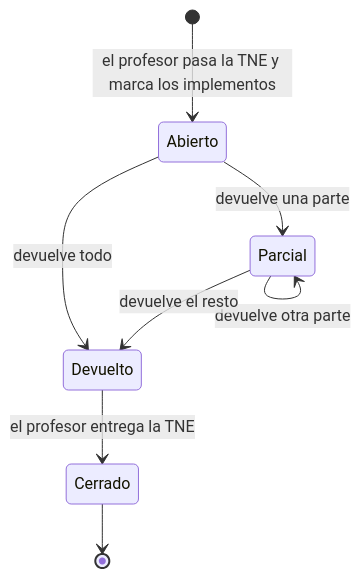
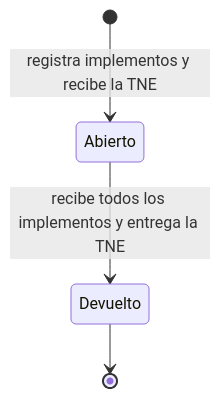
The sixth of 6 diagrams in docs/diagramas.md (vicente-uss/aforofit), drawn with Mermaid before and after one commit. The commit also changed other lines of this file and 1 other file, not shown here.

Commit message:
Documenta la instalación, la demo y los flujos implementados hasta 015

````diff
--- a/docs/diagramas.md
+++ b/docs/diagramas.md
@@ -316,10 +332,6 @@
 ```mermaid
 stateDiagram-v2
-    [*] --> Abierto: el profesor pasa la TNE y marca los implementos
-    Abierto --> Parcial: devuelve una parte
-    Parcial --> Parcial: devuelve otra parte
-    Abierto --> Devuelto: devuelve todo
-    Parcial --> Devuelto: devuelve el resto
-    Devuelto --> Cerrado: el profesor entrega la TNE
-    Cerrado --> [*]
+    [*] --> Abierto: registra implementos y recibe la TNE
+    Abierto --> Devuelto: recibe todos los implementos y entrega la TNE
+    Devuelto --> [*]
 ```
````
